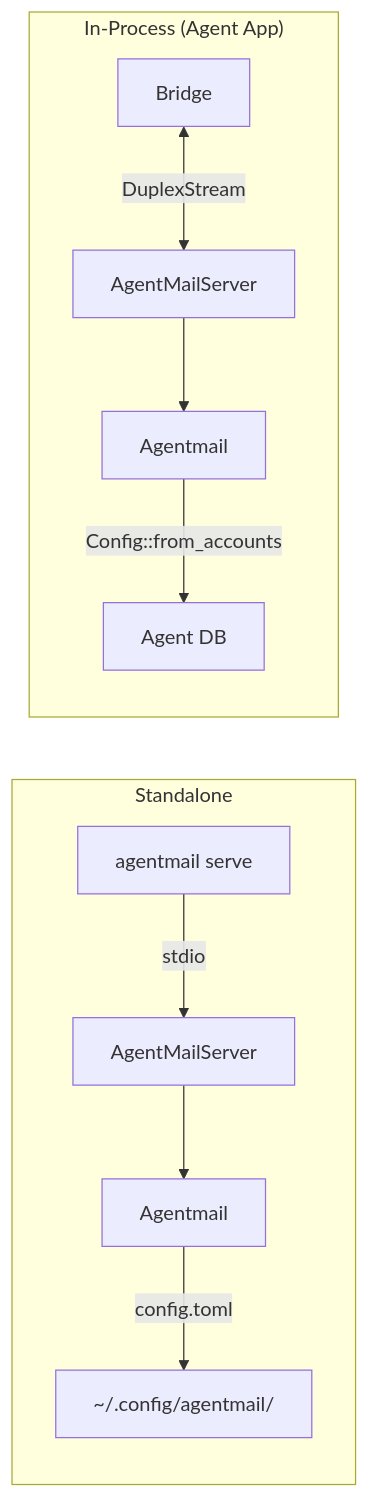
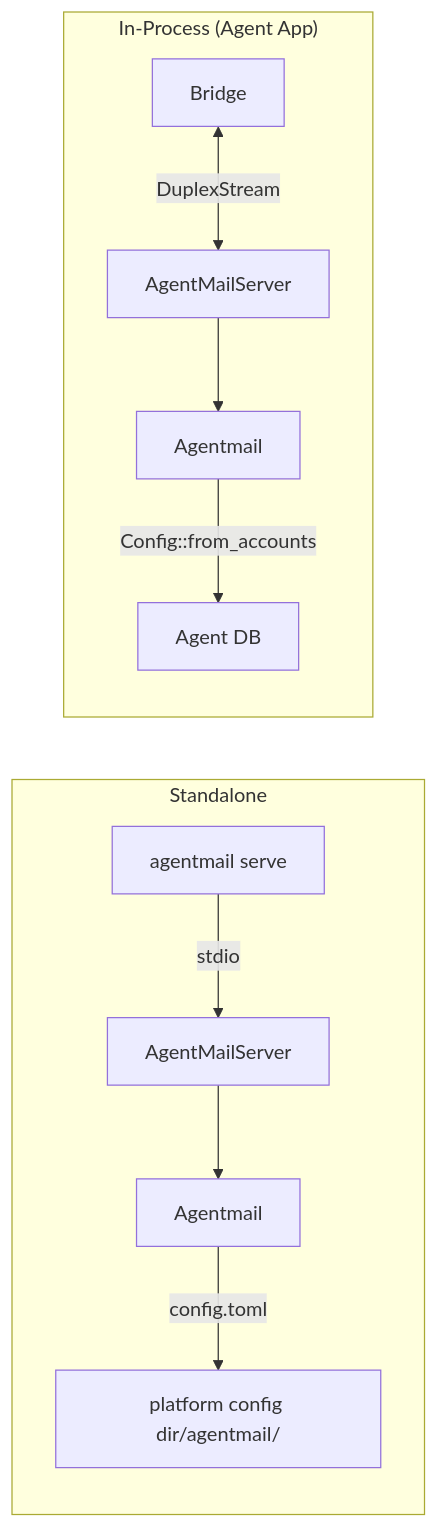
One commit to Weekendsuperhero-io/agentmail changed the second of 4 diagrams in DESIGN.md. Above: the diagram before and after it, drawn with Mermaid. The commit also changed other lines of this file and 74 other files, not shown here.

````diff
--- a/DESIGN.md
+++ b/DESIGN.md
@@ -52,14 +52,14 @@
 ```mermaid
 graph LR
     subgraph "Standalone"
         CLI[agentmail serve] -->|stdio| MCP1[AgentMailServer]
         MCP1 --> MK1[Agentmail]
-        MK1 -->|config.toml| FS[~/.config/agentmail/]
+        MK1 -->|config.toml| FS[platform config dir/agentmail/]
     end
 
     subgraph "In-Process (Agent App)"
         GW2[Bridge] <-->|DuplexStream| MCP2[AgentMailServer]
         MCP2 --> MK2[Agentmail]
         MK2 -->|Config::from_accounts| DB2[Agent DB]
     end
 ```
````
